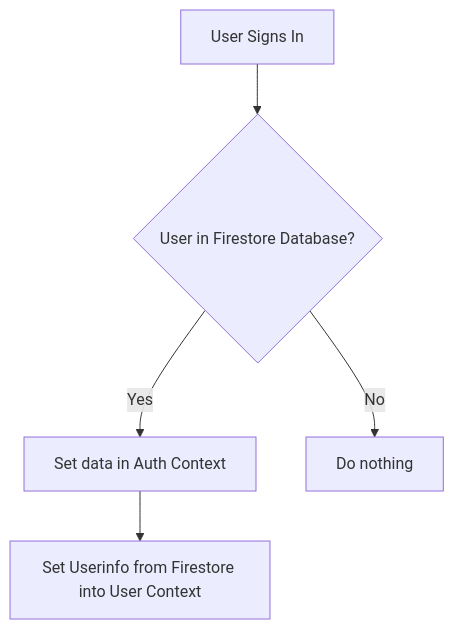
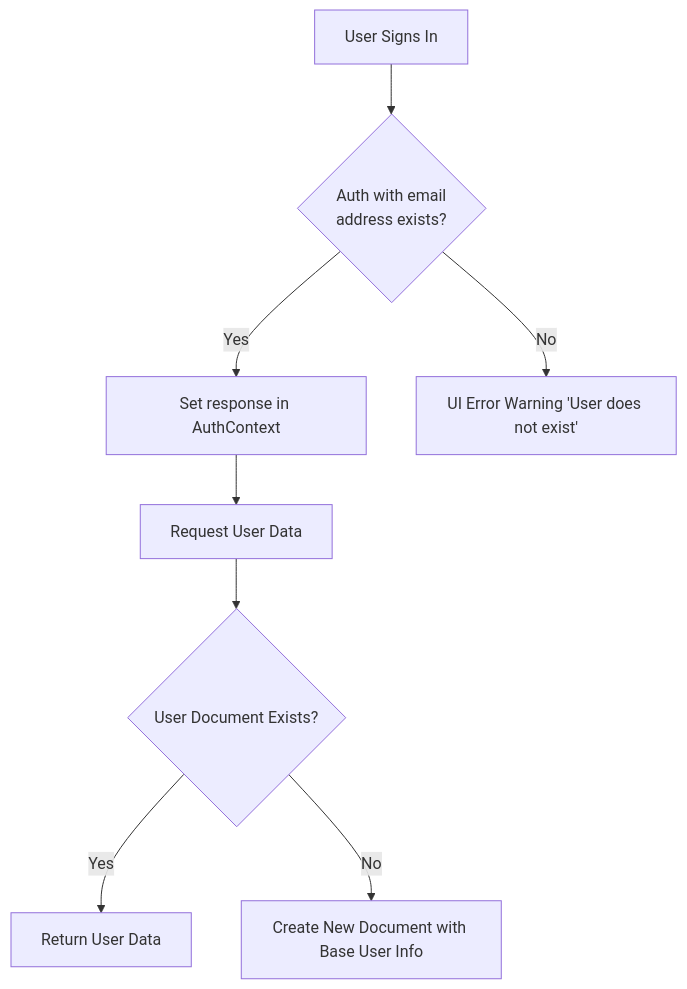
One commit to stepsen89/eduplay-nexus changed the first of 3 diagrams in FlowChart.md. Above: the diagram before and after it, drawn with Mermaid. The commit also changed other lines of this file and 13 other files, not shown here.

````diff
--- a/FlowChart.md
+++ b/FlowChart.md
@@ -1,8 +1,13 @@
 ```mermaid
 
 graph TB
-  A[User Signs In] --> B{User in Firestore Database?}
-  B --> |Yes| C[Set data in Auth Context]
-  B --> |No| D[Do nothing]
-  C --> E[Set Userinfo from Firestore into User Context]
+  A[User Signs In] --> B{Auth with email
+  address exists?}
+  B --> |Yes| C[Set response in AuthContext]
+  B --> |No| D[UI Error Warning 'User does not exist']
+  C --> E[Request User Data]
+  E --> F{User Document Exists?}
+  F --> |Yes| G[Return User Data]
+  F --> |No| H[Create New Document with Base User Info]
+
 ```
````
